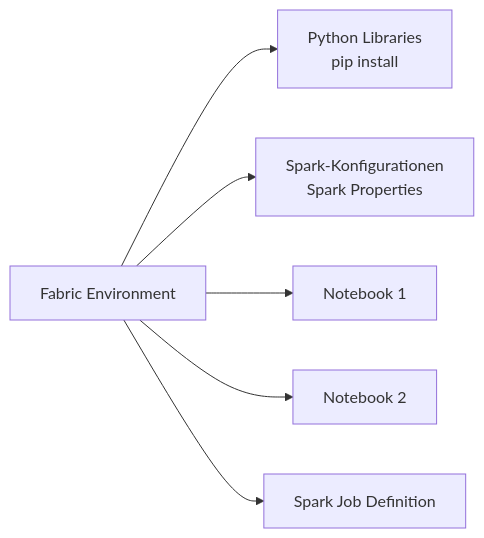
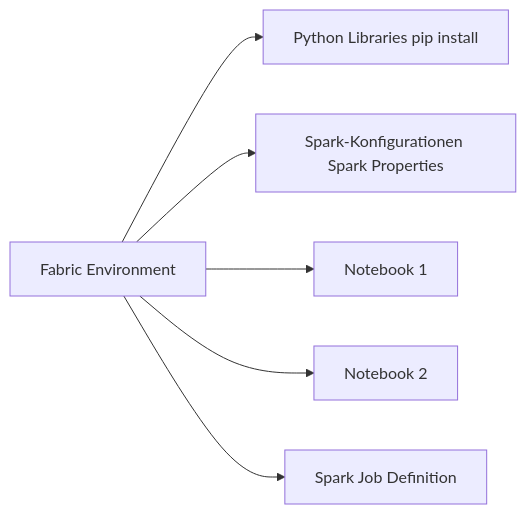
One commit to SoniiiT/notes-n-docs changed the third of 5 diagrams in Microsoft 365/Azure/Fabric/Fabric Notebooks und Spark.md. Above: the diagram before and after it, drawn with Mermaid. The commit also changed other lines of this file and 124 other files, not shown here.

First line of the commit message:
fix: Entferne \n aus allen Mermaid-Diagrammen (125 Dateien)

````diff
--- a/Microsoft 365/Azure/Fabric/Fabric Notebooks und Spark.md
+++ b/Microsoft 365/Azure/Fabric/Fabric Notebooks und Spark.md
@@ -377,8 +377,8 @@
 ```mermaid
 graph LR
-    A[Fabric Environment] --> B[Python Libraries\npip install]
-    A --> C[Spark-Konfigurationen\nSpark Properties]
+    A[Fabric Environment] --> B[Python Libraries pip install]
+    A --> C[Spark-Konfigurationen Spark Properties]
     A --> D[Notebook 1]
     A --> E[Notebook 2]
     A --> F[Spark Job Definition]
 ```
````
